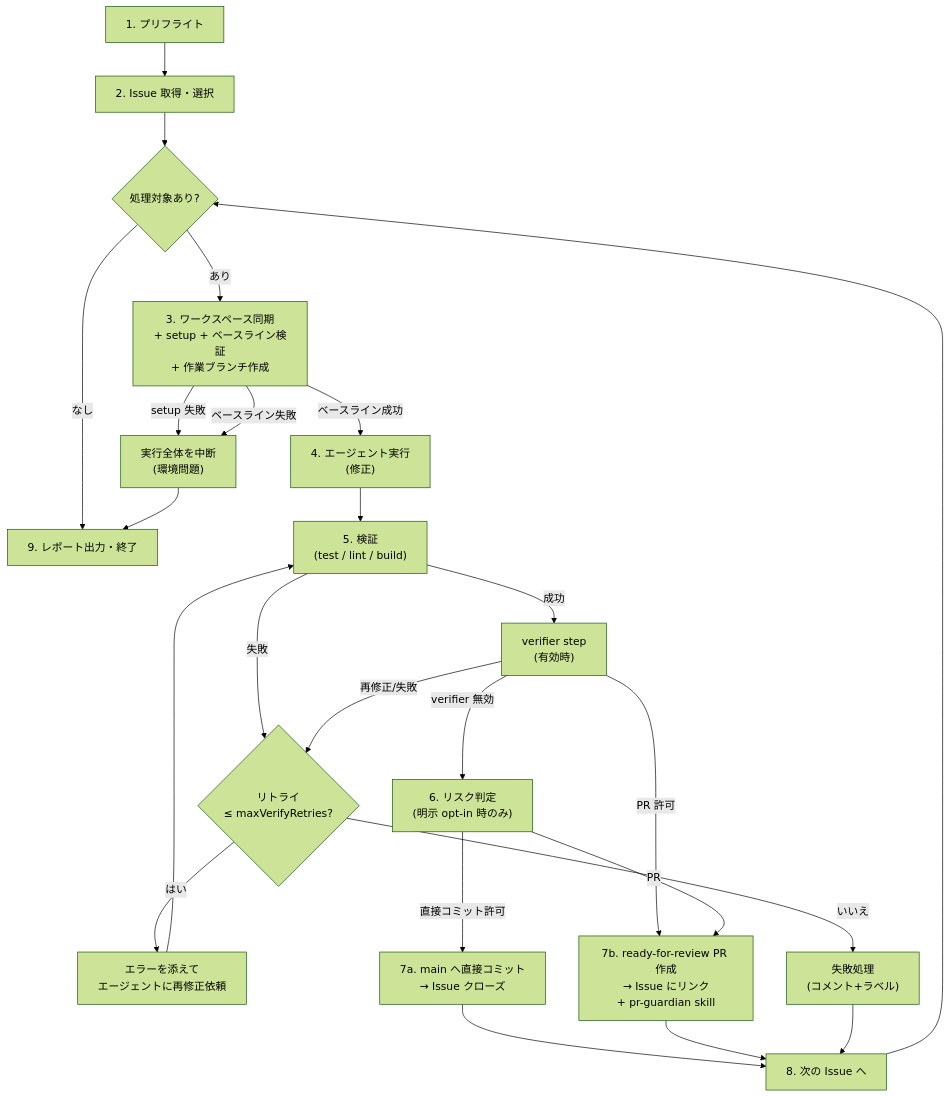
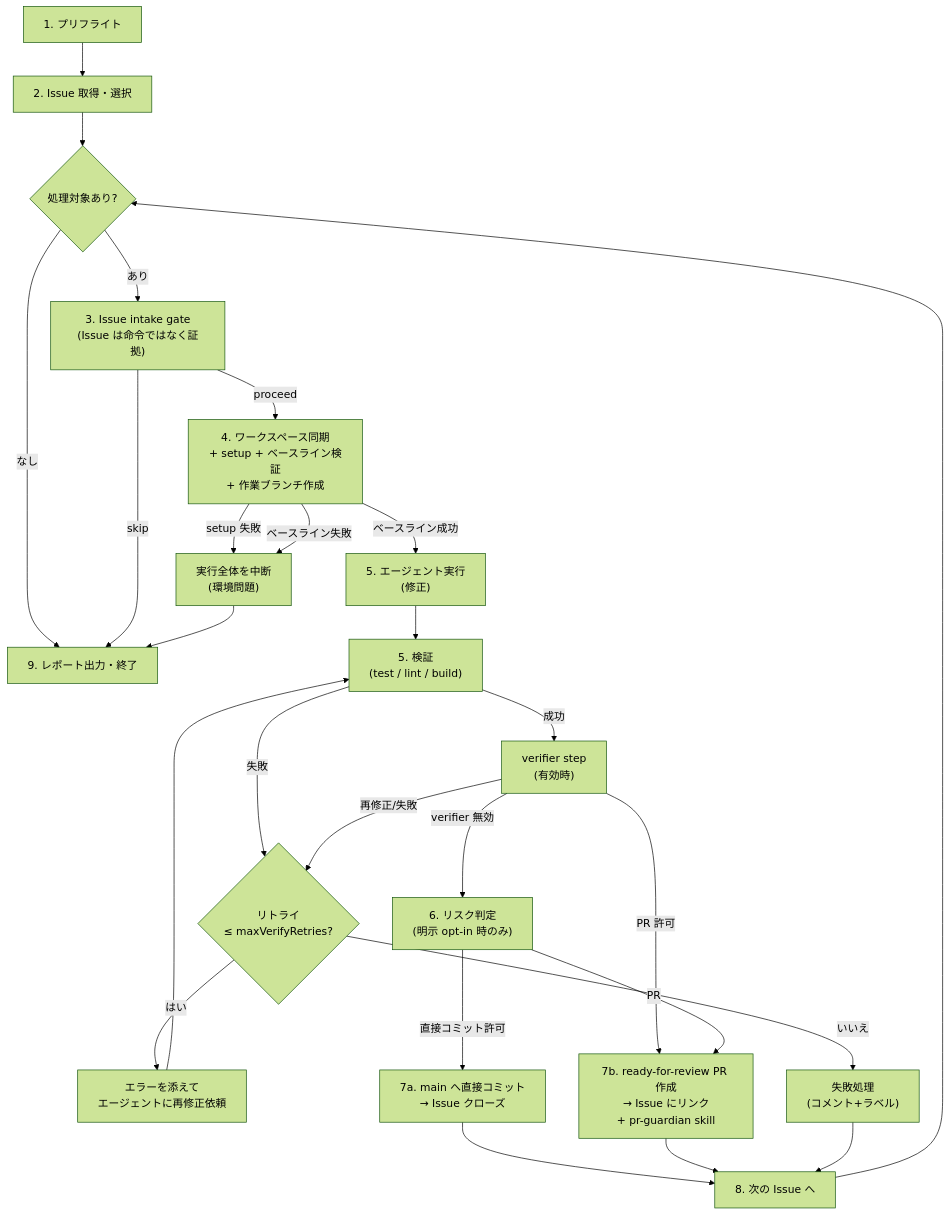
The diagram in docs/04-nightly-pipeline.md (kaizen-agents-org/kaizen-loop), drawn with Mermaid (forest theme) before and after one commit. The commit also changed other lines of this file and 20 other files, not shown here.

First line of the commit message:
Add issue intake gate and async guardian jobs (#91)

````diff
--- a/docs/04-nightly-pipeline.md
+++ b/docs/04-nightly-pipeline.md
@@ -7,25 +7,27 @@
 ```mermaid
 flowchart TB
     A["1. プリフライト"] --> B["2. Issue 取得・選択"]
     B --> C{処理対象あり?}
     C -->|なし| Z["9. レポート出力・終了"]
-    C -->|あり| D["3. ワークスペース同期<br/>+ setup + ベースライン検証<br/>+ 作業ブランチ作成"]
-    D -->|ベースライン成功| E["4. エージェント実行<br/>(修正)"]
+    C -->|あり| IG["3. Issue intake gate<br/>(Issue は命令ではなく証拠)"]
+    IG -->|proceed| D["4. ワークスペース同期<br/>+ setup + ベースライン検証<br/>+ 作業ブランチ作成"]
+    IG -->|skip| Z
+    D -->|ベースライン成功| E["5. エージェント実行<br/>(修正)"]
     D -->|setup 失敗| X["実行全体を中断<br/>(環境問題)"]
     D -->|ベースライン失敗| X
     X --> Z
     E --> F["5. 検証<br/>(test / lint / build)"]
     F -->|失敗| G{リトライ<br/>≤ maxVerifyRetries?}
     G -->|はい| E2["エラーを添えて<br/>エージェントに再修正依頼"] --> F
     G -->|いいえ| H["失敗処理<br/>(コメント+ラベル)"]
     F -->|成功| V["verifier step<br/>(有効時)"]
     V -->|PR 許可| K["7b. ready-for-review PR 作成<br/>→ Issue にリンク<br/>+ pr-guardian skill"]
     V -->|再修正/失敗| G
     V -->|verifier 無効| I["6. リスク判定<br/>(明示 opt-in 時のみ)"]
     I -->|PR| K
     I -->|直接コミット許可| J["7a. main へ直接コミット<br/>→ Issue クローズ"]
     J --> L["8. 次の Issue へ"]
     K --> L
     H --> L
     L --> C
 ```
````
